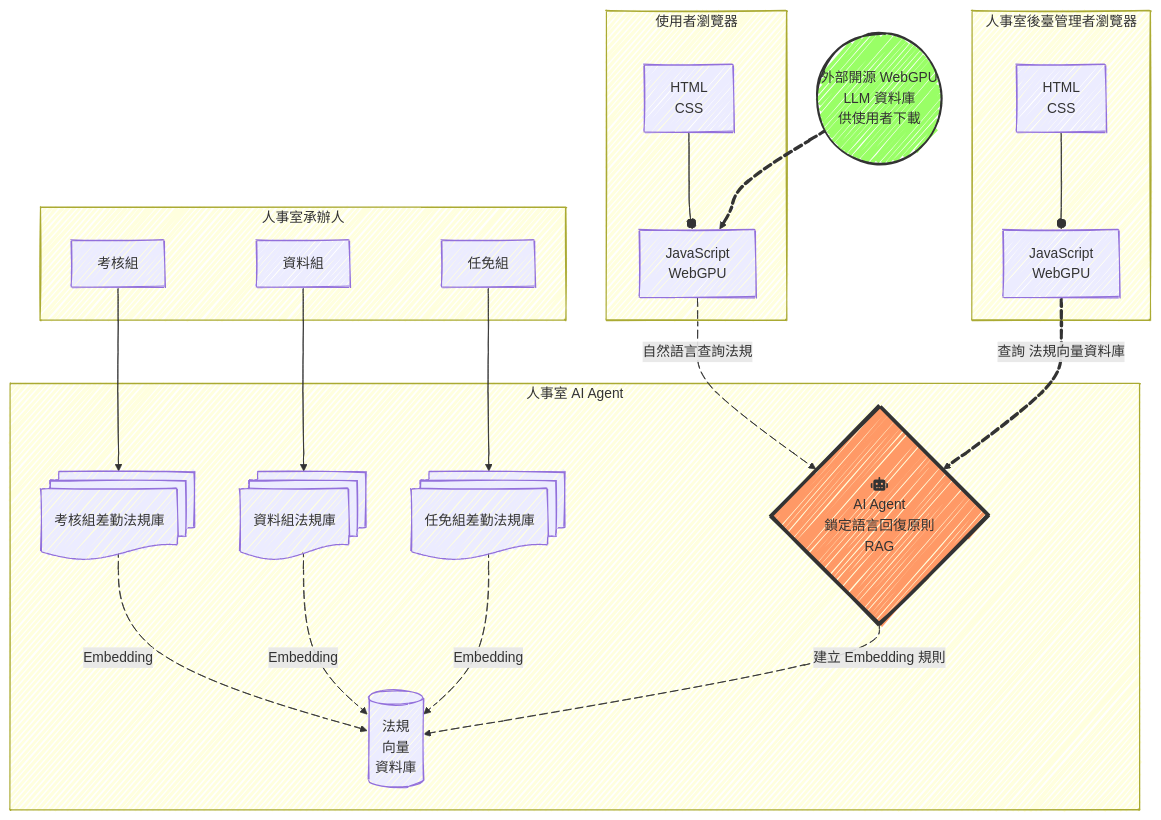
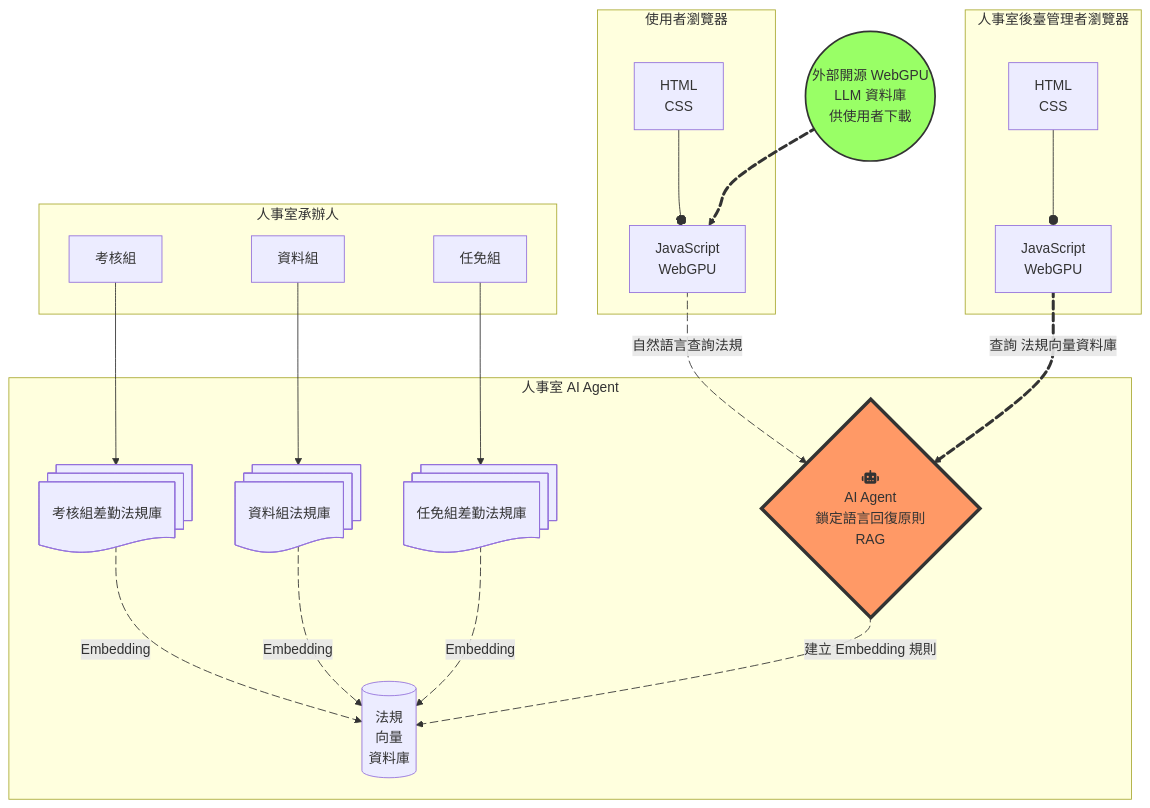
Before and after one commit to lennox0909/vghtpe-hrms-reform-program: the diagram in web-LLM/README.md, drawn with Mermaid.

Commit message:
add web-LLM

````diff
--- a/web-LLM/README.md
+++ b/web-LLM/README.md
@@ -3,73 +3,69 @@
 ```mermaid
----
-config:
-  look: handDrawn
 
----
 
 graph TB
     subgraph 人事室 AI Agent 
         od@{ shape: docs, label: "考核組差勤法規庫"} 
         od e1@--Embedding --> ro
         od2@{ shape: docs, label: "資料組法規庫"}  
         od2 e2@--Embedding --> ro
         od3@{ shape: docs, label: "任免組差勤法規庫"}
         od3 e3@--Embedding --> ro
         e1@{ animate: true }
         e2@{ animate: true }
         e3@{ animate: true }
         ro[(法規<br>向量<br>資料庫)]
         di{"fa:fa-robot <br/> AI Agent <br/> 鎖定語言回復原則 <br/> RAG "}
         di e4@--建立 Embedding 規則--> ro
         e4@{ animate: true }     
     end
 
     subgraph 使用者瀏覽器
       od4[HTML<br>CSS] --o od5
       od5[JavaScript <br> WebGPU]
       od5 e5@--自然語言查詢法規--> di
       e5@{ animate: true }
     end
 
     subgraph 人事室後臺管理者瀏覽器
       od6[HTML<br>CSS] --o od7
       od7[JavaScript <br> WebGPU]
       od7 e6@==查詢 法規向量資料庫==> di
       e6@{ animate: true }
     end
 
 e e7@==> od5
 e7@{ animate: true }
 
 e((外部開源 WebGPU <br> LLM 資料庫 <br> 供使用者下載))
     subgraph 人事室承辦人
       od8[考核組] --> od 
       od9[資料組] --> od2
       od10[任免組] --> od3
     end
 
 
 
 
 %% sq[Square shape]
 %% ci((Circle shape))
 
 %% Notice that no text in shape are added here instead that is appended further down
 %% od10>Really long text with linebreak<br>in an Odd shape]
 
 %% Comments after double percent signs
     
 %% f(,.?!+-*ز)
 
 %% cyr[Cyrillic]
 %% cyr2((Circle shape Начало));
 
      classDef green fill:#9f6,stroke:#333,stroke-width:2px;
      classDef orange fill:#f96,stroke:#333,stroke-width:4px;
      class sq,e green
      class di orange
 
 
 
 
 ```
````
